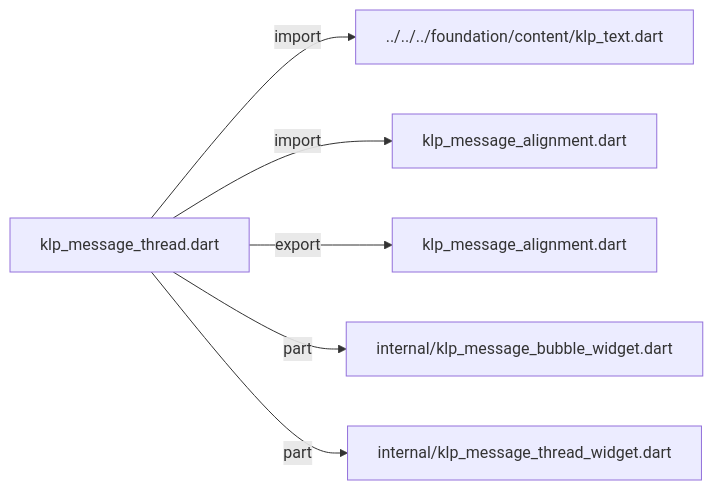
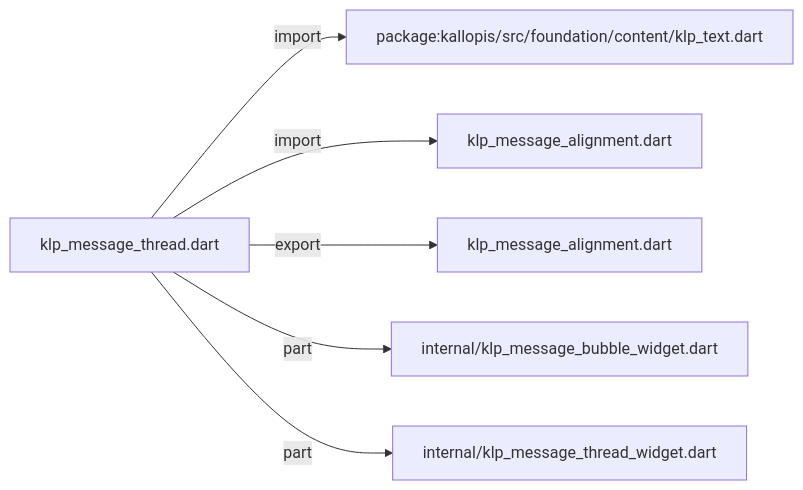
The second of 2 diagrams in docs/architecture/src/features/collections/message_thread/klp_message_thread.md (MiuDog/Kallopis), drawn with Mermaid before and after one commit. The commit also changed other lines of this file and 9688 other files, not shown here.

Commit message:
Prepare isolated Flow F2 peer baseline

````diff
--- a/docs/architecture/src/features/collections/message_thread/klp_message_thread.md
+++ b/docs/architecture/src/features/collections/message_thread/klp_message_thread.md
@@ -38,14 +38,14 @@
 ```mermaid
 flowchart LR
 	n0["klp_message_thread.dart"]
-	n1["../../../foundation/content/klp_text.dart"]
+	n1["package:kallopis/src/foundation/content/klp_text.dart"]
 	n2["klp_message_alignment.dart"]
 	n3["klp_message_alignment.dart"]
 	n4["internal/klp_message_bubble_widget.dart"]
 	n5["internal/klp_message_thread_widget.dart"]
 	n0 -->|"import"| n1
 	n0 -->|"import"| n2
 	n0 -->|"export"| n3
 	n0 -->|"part"| n4
 	n0 -->|"part"| n5
 ```
````
